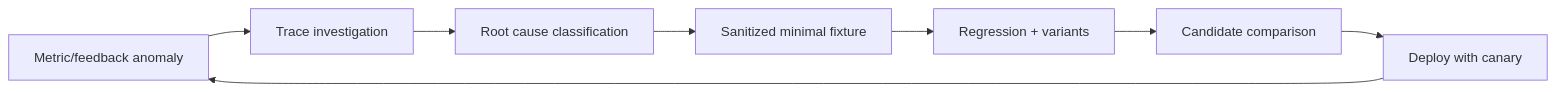
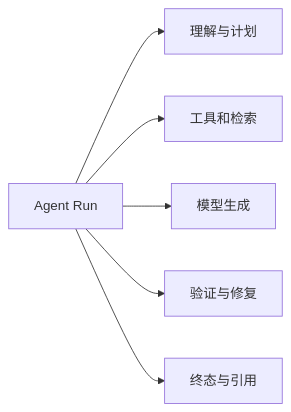
Before and after one commit to upJiang/jiang-blog-vitepress: the diagram in docs/ai-agent/agent-observability-quality.md, drawn with Mermaid. The commit also changed other lines of this file and 164 other files, not shown here.

````diff
--- a/docs/ai-agent/agent-observability-quality.md
+++ b/docs/ai-agent/agent-observability-quality.md
@@ -161,10 +19,8 @@
 ```mermaid
 flowchart LR
-  M[Metric/feedback anomaly] --> T[Trace investigation]
-  T --> R[Root cause classification]
-  R --> F[Sanitized minimal fixture]
-  F --> E[Regression + variants]
-  E --> C[Candidate comparison]
-  C --> D[Deploy with canary]
-  D --> M
+  A[Agent Run] --> B[理解与计划]
+  A --> C[工具和检索]
+  A --> D[模型生成]
+  A --> E[验证与修复]
+  A --> F[终态与引用]
 ```
````
